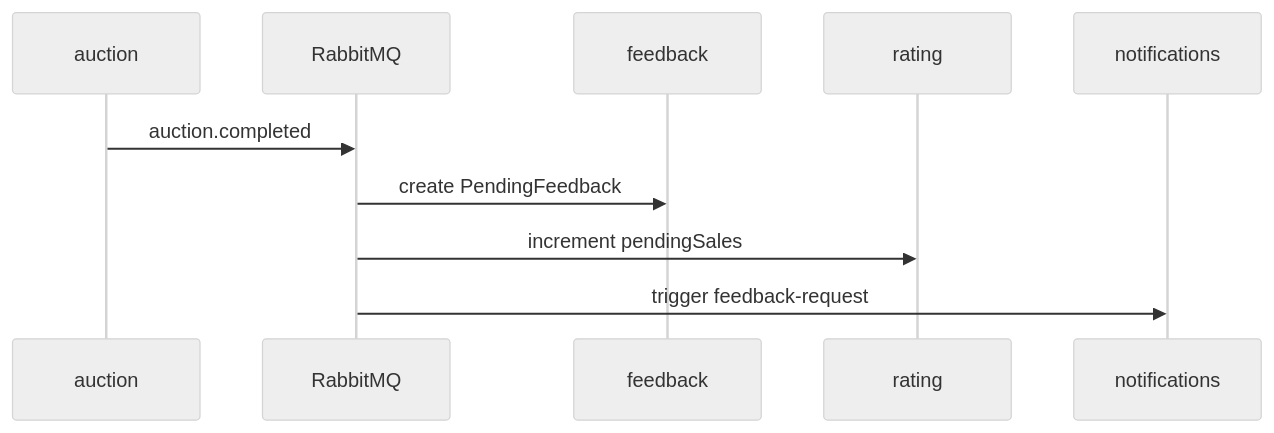
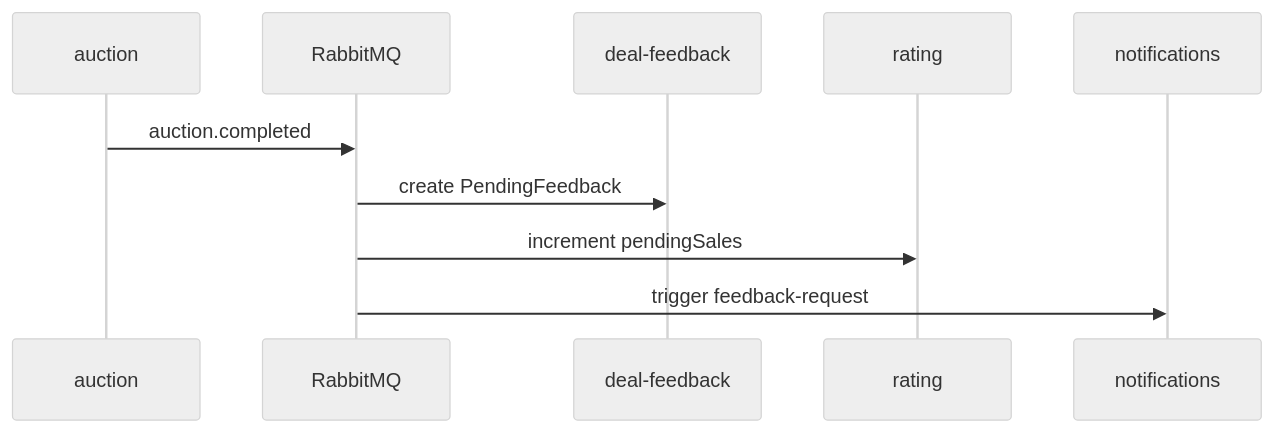
Before and after one commit to andrewb76/tavrida: the fourth of 4 diagrams in docs/03-architecture/README.md, drawn with Mermaid (neutral theme). The commit also changed 233 other files, not shown here.

````diff
--- a/docs/03-architecture/README.md
+++ b/docs/03-architecture/README.md
@@ -121,13 +121,13 @@
 ```mermaid
 sequenceDiagram
     participant A as auction
     participant RMQ as RabbitMQ
-    participant F as feedback
+    participant F as deal-feedback
     participant R as rating
     participant N as notifications
 
     A->>RMQ: auction.completed
     RMQ->>F: create PendingFeedback
     RMQ->>R: increment pendingSales
     RMQ->>N: trigger feedback-request
 ```
````
